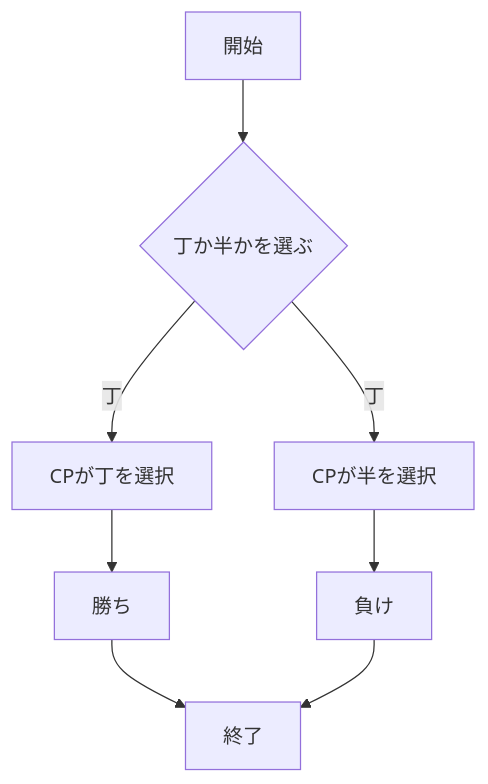
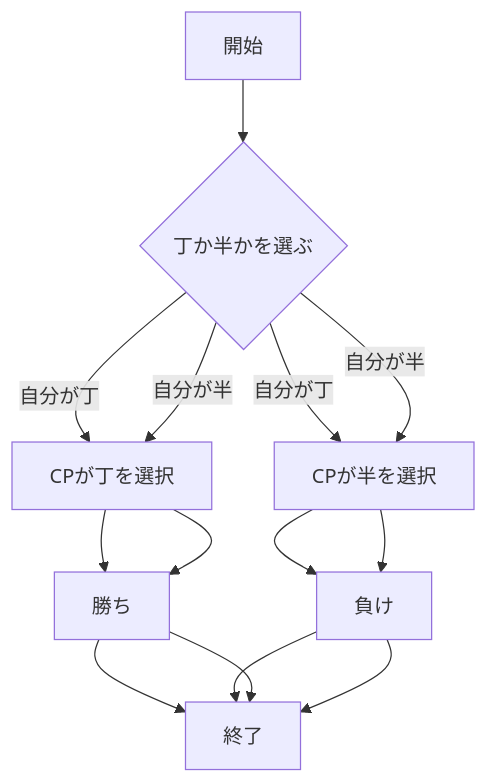
Before and after one commit to km919/webpro_06: the eighth of 8 diagrams in README.md, drawn with Mermaid.

Commit message:
11/18の13:29に編集済

````diff
--- a/README.md
+++ b/README.md
@@ -303,11 +303,15 @@
 ```mermaid
 flowchart TD;
 start["開始"];
 end1["終了"]
 if{"丁か半かを選ぶ"}
 start --> if
-if --> |丁|　CPが丁を選択
+if --> |自分が丁|　CPが丁を選択
 CPが丁を選択 --> 勝ち --> end1
-if --> |丁|　CPが半を選択
+if --> |自分が丁|　CPが半を選択
+CPが半を選択 --> 負け --> end1
+if --> |自分が半|　CPが丁を選択
+CPが丁を選択 --> 勝ち --> end1
+if --> |自分が半|　CPが半を選択
 CPが半を選択 --> 負け --> end1
 ```
````
